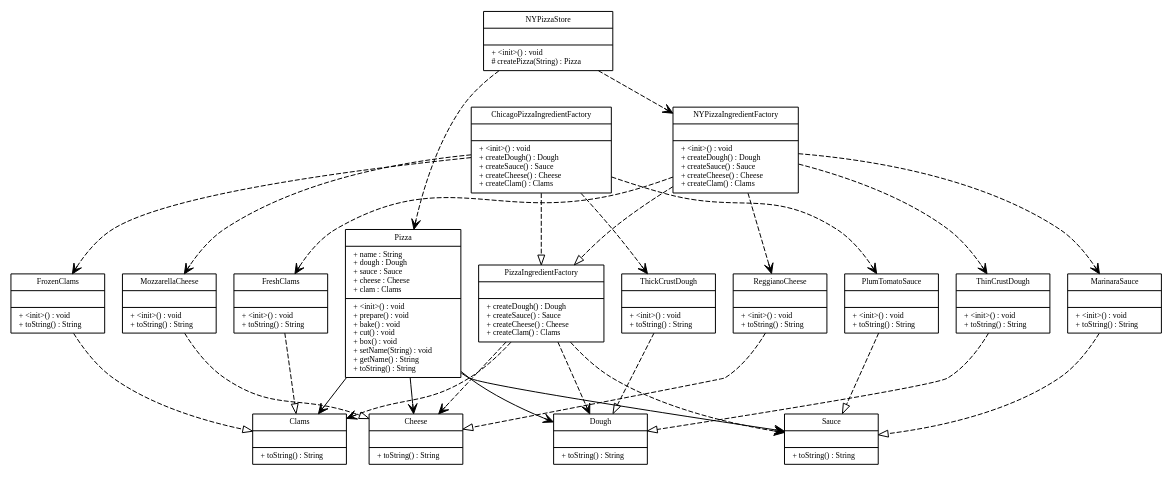
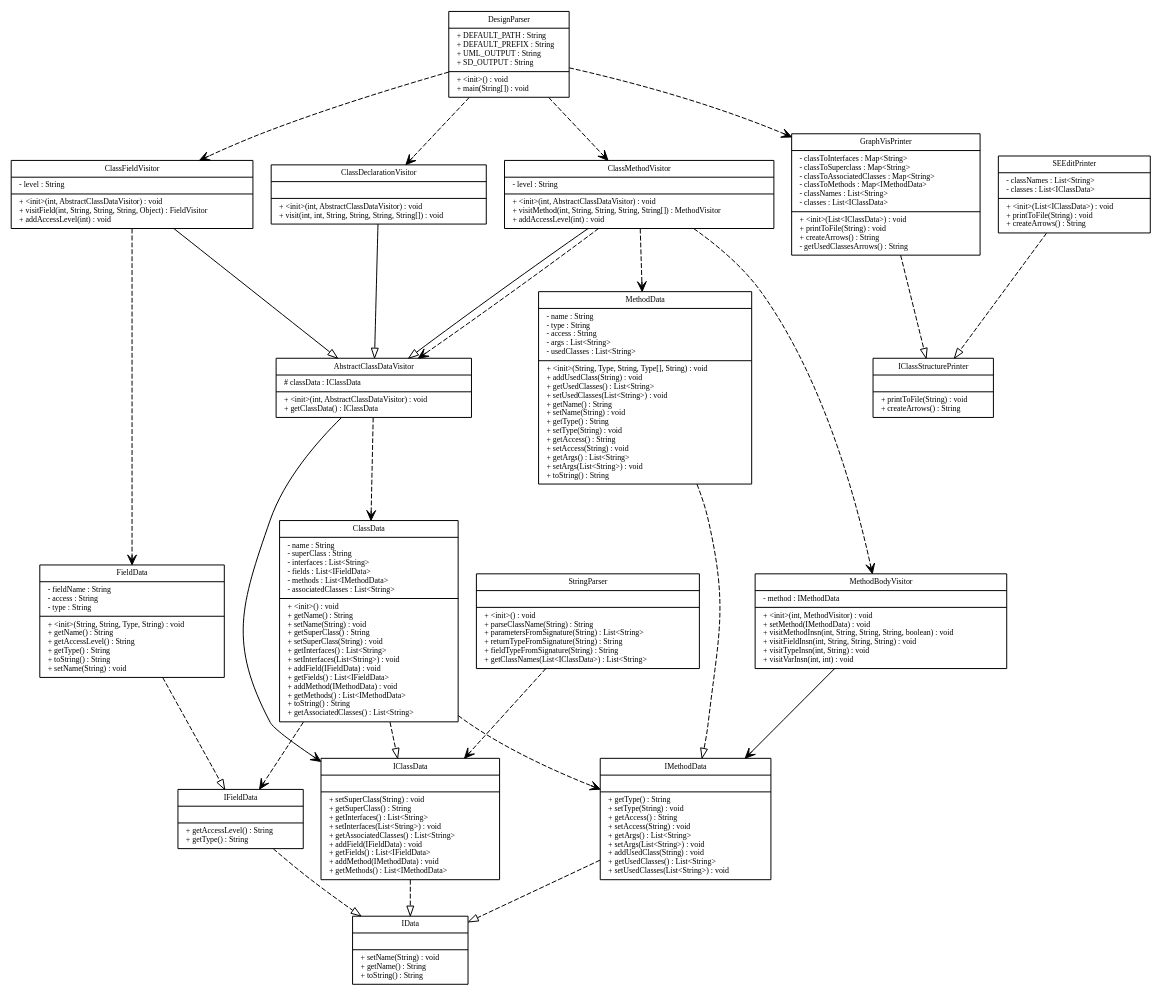
One commit to LoganErexson/CSSE374TeamProject changed the diagram in input_output/Diagram.gv. Above: the diagram before and after it, drawn with Graphviz. The commit also changed 1 other file, not shown here.

```diff
--- a/input_output/Diagram.gv
+++ b/input_output/Diagram.gv
@@ -1,107 +1,104 @@
 digraph G {
 fontname = " Bitstream Vera San"
 fontsize =8
 node [
 fontname = "Bitstream Vera Sans"
 fontsize =8
 shape = "record"]
 edge [
 fontname = "Bitstream Vera Sans"
 fontsize =8
 ]
-Cheese [
-label = "{Cheese||+ toString() : String\l}"
+AbstractClassDataVisitor [
+label = "{AbstractClassDataVisitor|# classData : IClassData\l|+ \<init\>(int, AbstractClassDataVisitor) : void\l+ getClassData() : IClassData\l}"
 ]
-ChicagoPizzaIngredientFactory [
-label = "{ChicagoPizzaIngredientFactory||+ \<init\>() : void\l+ createDough() : Dough\l+ createSauce() : Sauce\l+ createCheese() : Cheese\l+ createClam() : Clams\l}"
+ClassData [
+label = "{ClassData|- name : String\l- superClass : String\l- interfaces : List\<String\>\l- fields : List\<IFieldData\>\l- methods : List\<IMethodData\>\l- associatedClasses : List\<String\>\l|+ \<init\>() : void\l+ getName() : String\l+ setName(String) : void\l+ getSuperClass() : String\l+ setSuperClass(String) : void\l+ getInterfaces() : List\<String\>\l+ setInterfaces(List\<String\>) : void\l+ addField(IFieldData) : void\l+ getFields() : List\<IFieldData\>\l+ addMethod(IMethodData) : void\l+ getMethods() : List\<IMethodData\>\l+ toString() : String\l+ getAssociatedClasses() : List\<String\>\l}"
 ]
-Clams [
-label = "{Clams||+ toString() : String\l}"
+ClassDeclarationVisitor [
+label = "{ClassDeclarationVisitor||+ \<init\>(int, AbstractClassDataVisitor) : void\l+ visit(int, int, String, String, String, String[]) : void\l}"
 ]
-Dough [
-label = "{Dough||+ toString() : String\l}"
+ClassFieldVisitor [
+label = "{ClassFieldVisitor|- level : String\l|+ \<init\>(int, AbstractClassDataVisitor) : void\l+ visitField(int, String, String, String, Object) : FieldVisitor\l+ addAccessLevel(int) : void\l}"
 ]
-FreshClams [
-label = "{FreshClams||+ \<init\>() : void\l+ toString() : String\l}"
+ClassMethodVisitor [
+label = "{ClassMethodVisitor|- level : String\l|+ \<init\>(int, AbstractClassDataVisitor) : void\l+ visitMethod(int, String, String, String, String[]) : MethodVisitor\l+ addAccessLevel(int) : void\l}"
 ]
-FrozenClams [
-label = "{FrozenClams||+ \<init\>() : void\l+ toString() : String\l}"
+DesignParser [
+label = "{DesignParser|+ DEFAULT_PATH : String\l+ DEFAULT_PREFIX : String\l+ UML_OUTPUT : String\l+ SD_OUTPUT : String\l|+ \<init\>() : void\l+ main(String[]) : void\l}"
 ]
-MarinaraSauce [
-label = "{MarinaraSauce||+ \<init\>() : void\l+ toString() : String\l}"
+FieldData [
+label = "{FieldData|- fieldName : String\l- access : String\l- type : String\l|+ \<init\>(String, String, Type, String) : void\l+ getName() : String\l+ getAccessLevel() : String\l+ getType() : String\l+ toString() : String\l+ setName(String) : void\l}"
 ]
-MozzarellaCheese [
-label = "{MozzarellaCheese||+ \<init\>() : void\l+ toString() : String\l}"
+GraphVisPrinter [
+label = "{GraphVisPrinter|- classToInterfaces : Map\<String\>\l- classToSuperclass : Map\<String\>\l- classToAssociatedClasses : Map\<String\>\l- classToMethods : Map\<IMethodData\>\l- classNames : List\<String\>\l- classes : List\<IClassData\>\l|+ \<init\>(List\<IClassData\>) : void\l+ printToFile(String) : void\l+ createArrows() : String\l- getUsedClassesArrows() : String\l}"
 ]
-NYPizzaIngredientFactory [
-label = "{NYPizzaIngredientFactory||+ \<init\>() : void\l+ createDough() : Dough\l+ createSauce() : Sauce\l+ createCheese() : Cheese\l+ createClam() : Clams\l}"
+IClassData [
+label = "{IClassData||+ setSuperClass(String) : void\l+ getSuperClass() : String\l+ getInterfaces() : List\<String\>\l+ setInterfaces(List\<String\>) : void\l+ getAssociatedClasses() : List\<String\>\l+ addField(IFieldData) : void\l+ getFields() : List\<IFieldData\>\l+ addMethod(IMethodData) : void\l+ getMethods() : List\<IMethodData\>\l}"
 ]
-NYPizzaStore [
-label = "{NYPizzaStore||+ \<init\>() : void\l# createPizza(String) : Pizza\l}"
+IClassStructurePrinter [
+label = "{IClassStructurePrinter||+ printToFile(String) : void\l+ createArrows() : String\l}"
 ]
-Pizza [
-label = "{Pizza|+ name : String\l+ dough : Dough\l+ sauce : Sauce\l+ cheese : Cheese\l+ clam : Clams\l|+ \<init\>() : void\l+ prepare() : void\l+ bake() : void\l+ cut() : void\l+ box() : void\l+ setName(String) : void\l+ getName() : String\l+ toString() : String\l}"
+IData [
+label = "{IData||+ setName(String) : void\l+ getName() : String\l+ toString() : String\l}"
 ]
-PizzaIngredientFactory [
-label = "{PizzaIngredientFactory||+ createDough() : Dough\l+ createSauce() : Sauce\l+ createCheese() : Cheese\l+ createClam() : Clams\l}"
+IFieldData [
+label = "{IFieldData||+ getAccessLevel() : String\l+ getType() : String\l}"
 ]
-PlumTomatoSauce [
-label = "{PlumTomatoSauce||+ \<init\>() : void\l+ toString() : String\l}"
+IMethodData [
+label = "{IMethodData||+ getType() : String\l+ setType(String) : void\l+ getAccess() : String\l+ setAccess(String) : void\l+ getArgs() : List\<String\>\l+ setArgs(List\<String\>) : void\l+ addUsedClass(String) : void\l+ getUsedClasses() : List\<String\>\l+ setUsedClasses(List\<String\>) : void\l}"
 ]
-ReggianoCheese [
-label = "{ReggianoCheese||+ \<init\>() : void\l+ toString() : String\l}"
+MethodBodyVisitor [
+label = "{MethodBodyVisitor|- method : IMethodData\l|+ \<init\>(int, MethodVisitor) : void\l+ setMethod(IMethodData) : void\l+ visitMethodInsn(int, String, String, String, boolean) : void\l+ visitFieldInsn(int, String, String, String) : void\l+ visitTypeInsn(int, String) : void\l+ visitVarInsn(int, int) : void\l}"
 ]
-Sauce [
-label = "{Sauce||+ toString() : String\l}"
+MethodData [
+label = "{MethodData|- name : String\l- type : String\l- access : String\l- args : List\<String\>\l- usedClasses : List\<String\>\l|+ \<init\>(String, Type, String, Type[], String) : void\l+ addUsedClass(String) : void\l+ getUsedClasses() : List\<String\>\l+ setUsedClasses(List\<String\>) : void\l+ getName() : String\l+ setName(String) : void\l+ getType() : String\l+ setType(String) : void\l+ getAccess() : String\l+ setAccess(String) : void\l+ getArgs() : List\<String\>\l+ setArgs(List\<String\>) : void\l+ toString() : String\l}"
 ]
-ThickCrustDough [
-label = "{ThickCrustDough||+ \<init\>() : void\l+ toString() : String\l}"
+SEEditPrinter [
+label = "{SEEditPrinter|- classNames : List\<String\>\l- classes : List\<IClassData\>\l|+ \<init\>(List\<IClassData\>) : void\l+ printToFile(String) : void\l+ createArrows() : String\l}"
 ]
-ThinCrustDough [
-label = "{ThinCrustDough||+ \<init\>() : void\l+ toString() : String\l}"
+StringParser [
+label = "{StringParser||+ \<init\>() : void\l+ parseClassName(String) : String\l+ parametersFromSignature(String) : List\<String\>\l+ returnTypeFromSignature(String) : String\l+ fieldTypeFromSignature(String) : String\l+ getClassNames(List\<IClassData\>) : List\<String\>\l}"
 ]
 edge [ 
 arrowhead = "empty"
 style = "solid"
 ]
+ClassMethodVisitor -> AbstractClassDataVisitor
+ClassDeclarationVisitor -> AbstractClassDataVisitor
+ClassFieldVisitor -> AbstractClassDataVisitor
 edge [ 
 arrowhead = "empty"
 style = "dashed"
 ]
-MarinaraSauce -> Sauce
-ThickCrustDough -> Dough
-NYPizzaIngredientFactory -> PizzaIngredientFactory
-PlumTomatoSauce -> Sauce
-ThinCrustDough -> Dough
-ChicagoPizzaIngredientFactory -> PizzaIngredientFactory
-MozzarellaCheese -> Cheese
-ReggianoCheese -> Cheese
-FrozenClams -> Clams
-FreshClams -> Clams
+FieldData -> IFieldData
+ClassData -> IClassData
+GraphVisPrinter -> IClassStructurePrinter
+MethodData -> IMethodData
+IMethodData -> IData
+IClassData -> IData
+IFieldData -> IData
+SEEditPrinter -> IClassStructurePrinter
 edge [ 
 arrowhead = "vee"
 style = "solid"
 ]
-Pizza -> Dough
-Pizza -> Sauce
-Pizza -> Cheese
-Pizza -> Clams
+AbstractClassDataVisitor -> IClassData
+MethodBodyVisitor -> IMethodData
 edge [ 
 arrowhead = "vee"
 style = "dashed"
 ]
-PizzaIngredientFactory -> Dough
-PizzaIngredientFactory -> Sauce
-PizzaIngredientFactory -> Cheese
-PizzaIngredientFactory -> Clams
-NYPizzaIngredientFactory -> ThinCrustDough
-NYPizzaIngredientFactory -> MarinaraSauce
-NYPizzaIngredientFactory -> ReggianoCheese
-NYPizzaIngredientFactory -> FreshClams
-ChicagoPizzaIngredientFactory -> ThickCrustDough
-ChicagoPizzaIngredientFactory -> PlumTomatoSauce
-ChicagoPizzaIngredientFactory -> MozzarellaCheese
-ChicagoPizzaIngredientFactory -> FrozenClams
-NYPizzaStore -> NYPizzaIngredientFactory
-NYPizzaStore -> Pizza
+StringParser -> IClassData
+AbstractClassDataVisitor -> ClassData
+ClassMethodVisitor -> AbstractClassDataVisitor
+ClassMethodVisitor -> MethodBodyVisitor
+ClassMethodVisitor -> MethodData
+DesignParser -> ClassDeclarationVisitor
+DesignParser -> ClassFieldVisitor
+DesignParser -> ClassMethodVisitor
+DesignParser -> GraphVisPrinter
+ClassData -> IFieldData
+ClassData -> IMethodData
+ClassFieldVisitor -> FieldData
 }
```
